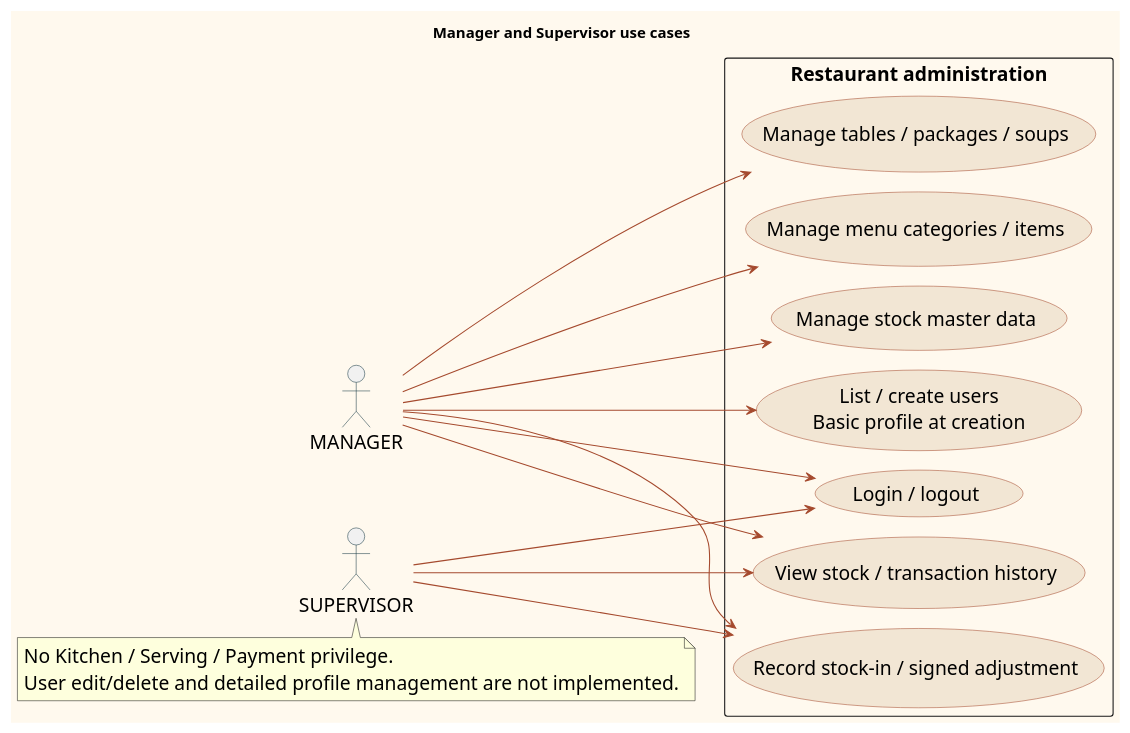
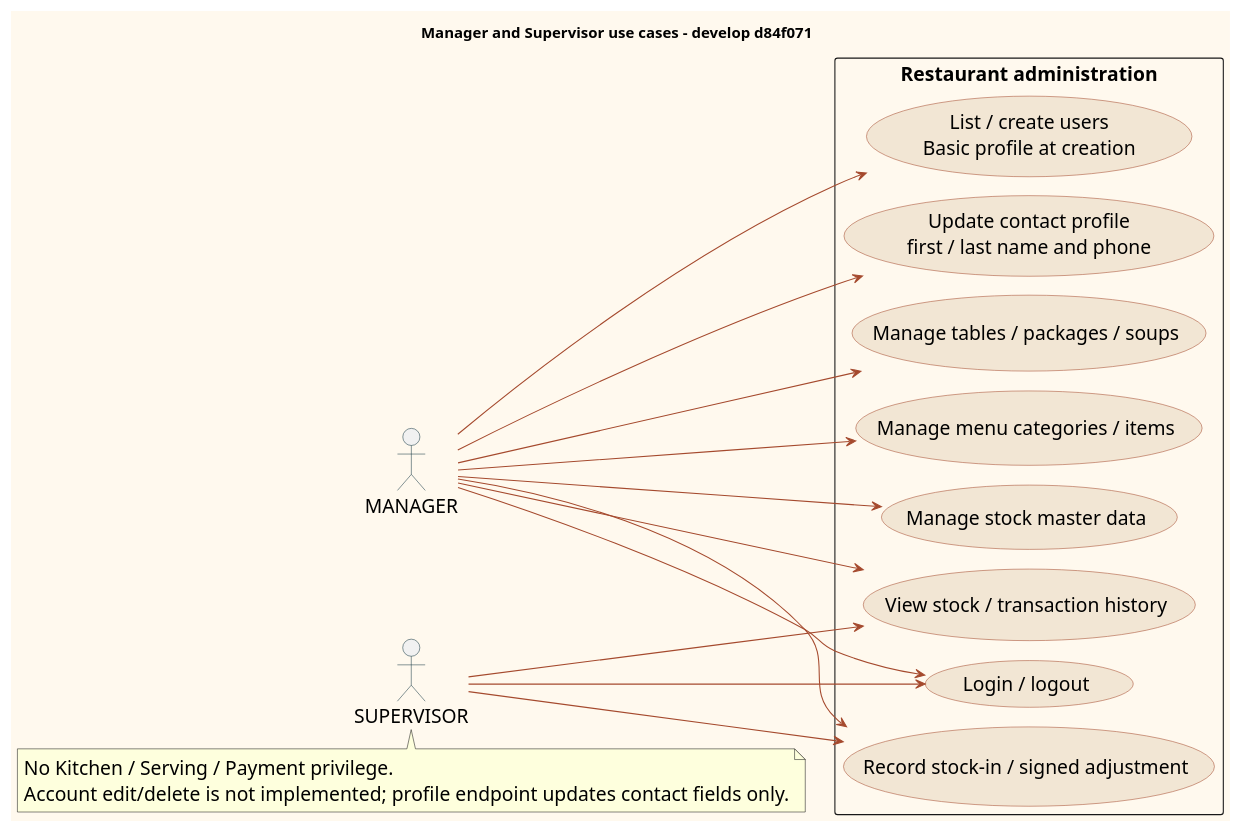
Before and after one commit to PavaritPramual/buffet-restaurant-management-system: the diagram in doc/diagrams/use-case-management.puml, drawn with PlantUML. The commit also changed 12 other files, not shown here.

Commit message:
docs: update fulfillment and integrated diagram evidence

```diff
--- a/doc/diagrams/use-case-management.puml
+++ b/doc/diagrams/use-case-management.puml
@@ -1,41 +1,43 @@
 @startuml
 !pragma layout smetana
 skinparam shadowing false
 skinparam backgroundColor #FFF9EE
 skinparam defaultFontName Tahoma
 skinparam defaultFontSize 18
 skinparam classAttributeIconSize 0
 skinparam ArrowColor #A54A2E
 skinparam classBackgroundColor #FFF9EE
 skinparam classBorderColor #173A45
 skinparam actorBorderColor #173A45
 skinparam usecaseBackgroundColor #F2E6D4
 skinparam usecaseBorderColor #A54A2E
-title Manager and Supervisor use cases
+title Manager and Supervisor use cases - develop d84f071
 left to right direction
 actor "MANAGER" as Manager
 actor "SUPERVISOR" as Supervisor
 rectangle "Restaurant administration" {
  usecase "Login / logout" as Login
  usecase "List / create users\nBasic profile at creation" as Users
+ usecase "Update contact profile\nfirst / last name and phone" as Profile
  usecase "Manage tables / packages / soups" as Catalog
  usecase "Manage menu categories / items" as Menu
  usecase "Manage stock master data" as Master
  usecase "View stock / transaction history" as Read
  usecase "Record stock-in / signed adjustment" as Move
 }
 Manager --> Login
 Supervisor --> Login
 Manager --> Users
+Manager --> Profile
 Manager --> Catalog
 Manager --> Menu
 Manager --> Master
 Manager --> Read
 Manager --> Move
 Supervisor --> Read
 Supervisor --> Move
 note bottom of Supervisor
 No Kitchen / Serving / Payment privilege.
-User edit/delete and detailed profile management are not implemented.
+Account edit/delete is not implemented; profile endpoint updates contact fields only.
 end note
 @enduml
```
